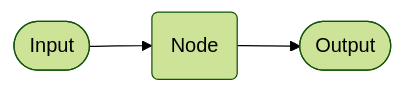
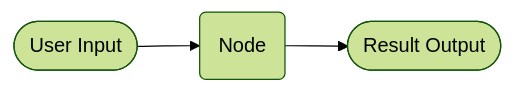
The diagram in docs/concepts/pipelines/nodes.md (dimagi/open-chat-studio-docs), drawn with Mermaid (forest theme) before and after one commit. The commit also changed other lines of this file and 1 other file, not shown here.

Commit message:
Wording changes from Claude review. Removed Assistant node as this feature is depricated

````diff
--- a/docs/concepts/pipelines/nodes.md
+++ b/docs/concepts/pipelines/nodes.md
@@ -5,5 +5,5 @@
 ``` mermaid
 graph LR
-  A@{ shape: stadium, label: "Input" } --> B(Node);
-  B --> C@{ shape: stadium, label: "Output" };
+  A@{ shape: stadium, label: "User Input" } --> B(Node);
+  B --> C@{ shape: stadium, label: "Result Output" };
 ```
````
